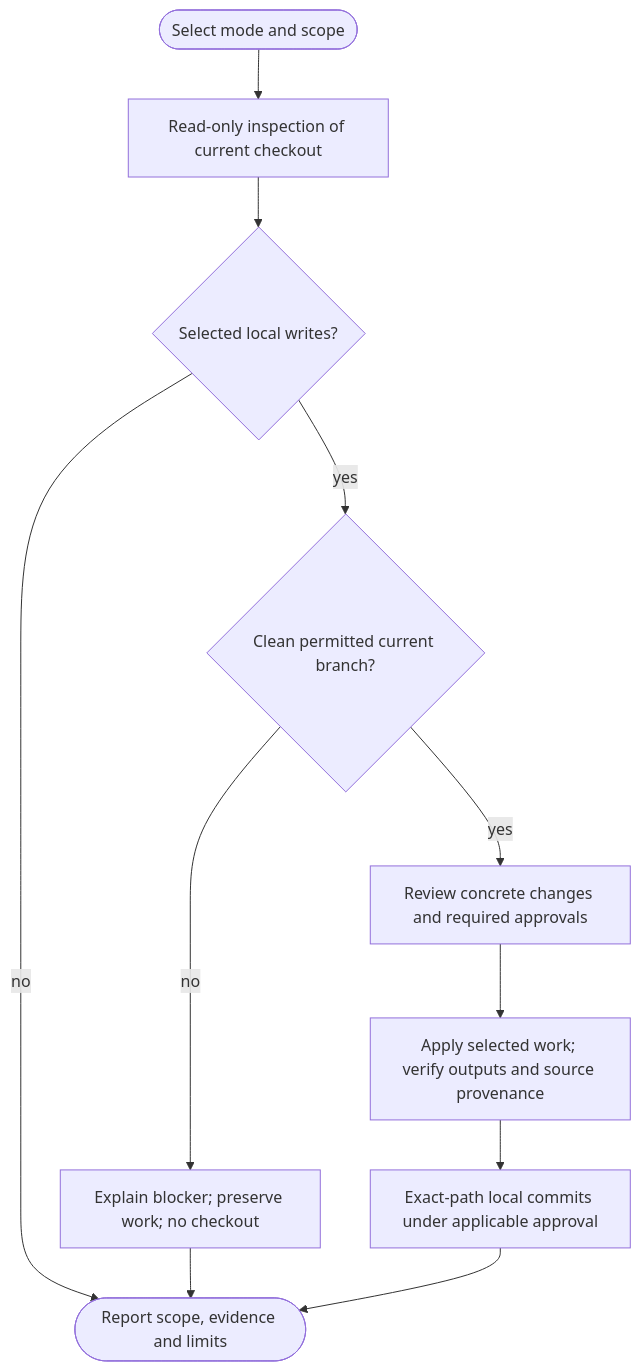
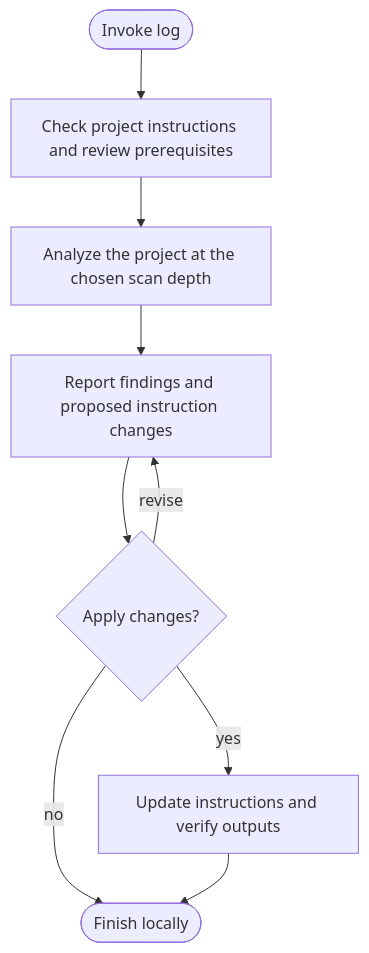
The diagram in docs/commands/log.md (myowinthein/agent-helm), drawn with Mermaid before and after one commit. The commit also changed other lines of this file and 6 other files, not shown here.

Commit message:
refactor(log)!: simplify project instruction review

````diff
--- a/docs/commands/log.md
+++ b/docs/commands/log.md
@@ -33,13 +29,11 @@
 ```mermaid
 flowchart TD
-  Start([Select mode and scope]) --> Inspect[Read-only inspection of current checkout]
-  Inspect --> Write{Selected local writes?}
-  Write -->|no| Report([Report scope, evidence and limits])
-  Write -->|yes| Ready{Clean permitted current branch?}
-  Ready -->|no| Block[Explain blocker; preserve work; no checkout]
-  Block --> Report
-  Ready -->|yes| Review[Review concrete changes and required approvals]
-  Review --> Apply[Apply selected work; verify outputs and source provenance]
-  Apply --> Commit[Exact-path local commits under applicable approval]
-  Commit --> Report
+  Start([Invoke log]) --> Inspect[Check project instructions and review prerequisites]
+  Inspect --> Analyze[Analyze the project at the chosen scan depth]
+  Analyze --> Review[Report findings and proposed instruction changes]
+  Review --> Decision{Apply changes?}
+  Decision -->|yes| Apply[Update instructions and verify outputs]
+  Decision -->|revise| Review
+  Decision -->|no| Finish([Finish locally])
+  Apply --> Finish
 ```
````
